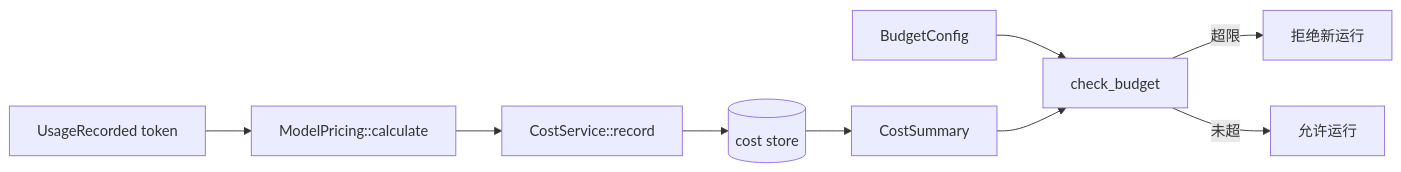
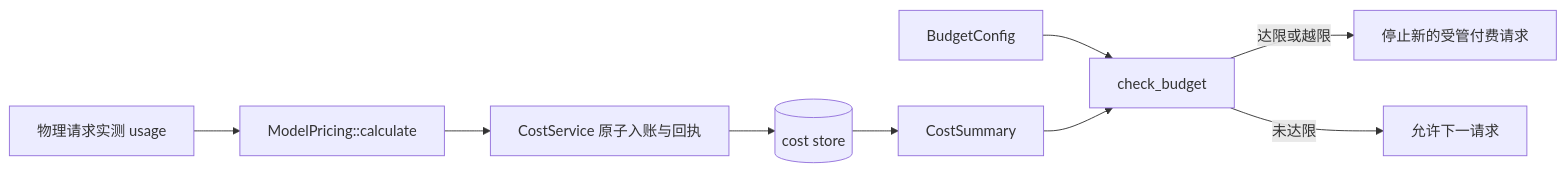
Before and after one commit to eighteendreamer/DeepAgent-Studio: the diagram in DeepAgent_Studio_Official/docs/security/budget.md, drawn with Mermaid. The commit also changed other lines of this file and 30 other files, not shown here.

````diff
--- a/DeepAgent_Studio_Official/docs/security/budget.md
+++ b/DeepAgent_Studio_Official/docs/security/budget.md
@@ -40,11 +57,11 @@
 ```mermaid
 flowchart LR
-    Usage[UsageRecorded token] --> Pricing[ModelPricing::calculate]
-    Pricing --> Record[CostService::record]
+    Usage[物理请求实测 usage] --> Pricing[ModelPricing::calculate]
+    Pricing --> Record[CostService 原子入账与回执]
     Record --> Store[(cost store)]
     Store --> Summary[CostSummary]
     Budget[BudgetConfig] --> Check[check_budget]
     Summary --> Check
-    Check -->|超限| Reject[拒绝新运行]
-    Check -->|未超| Run[允许运行]
+    Check -->|达限或越限| Reject[停止新的受管付费请求]
+    Check -->|未达限| Run[允许下一请求]
 ```
````
